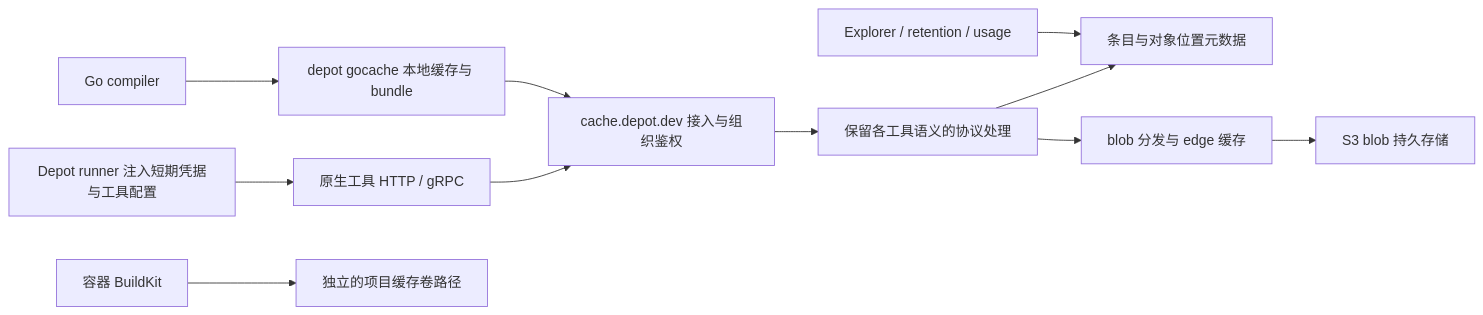
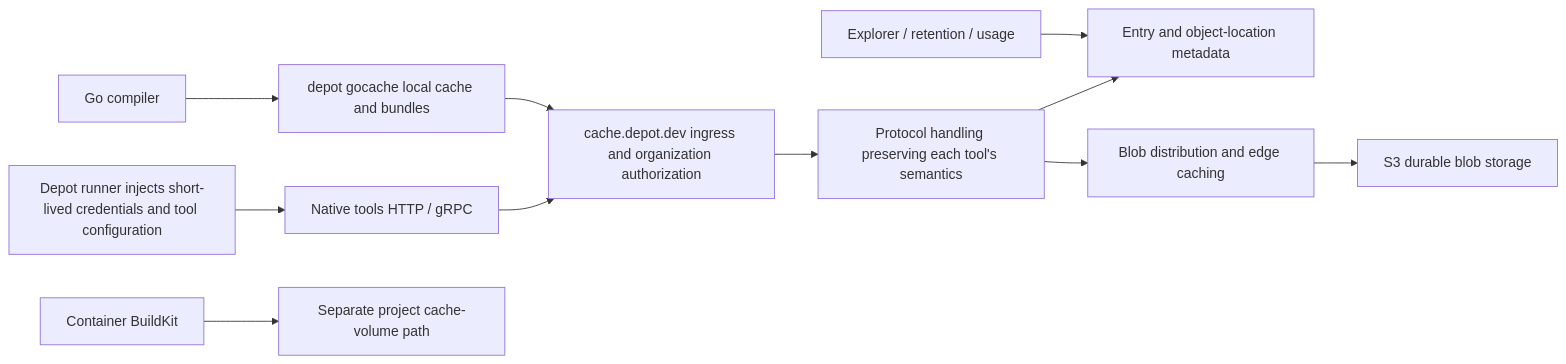
One commit to expbuild/expbuild changed the diagram in docs/research/depot/cache-evidence.md. Above: the diagram before and after it, drawn with Mermaid. The commit also changed other lines of this file and 39 other files, not shown here.

````diff
--- a/docs/research/depot/cache-evidence.md
+++ b/docs/research/depot/cache-evidence.md
@@ -115,13 +115,13 @@
 ```mermaid
 flowchart LR
-  Native[原生工具 HTTP / gRPC] --> Entry[cache.depot.dev 接入与组织鉴权]
-  Go[Go compiler] --> Helper[depot gocache 本地缓存与 bundle]
+  Native[Native tools HTTP / gRPC] --> Entry[cache.depot.dev ingress and organization authorization]
+  Go[Go compiler] --> Helper[depot gocache local cache and bundles]
   Helper --> Entry
-  Runner[Depot runner 注入短期凭据与工具配置] --> Native
-  Entry --> Adapt[保留各工具语义的协议处理]
-  Adapt --> Meta[条目与对象位置元数据]
-  Adapt --> Delivery[blob 分发与 edge 缓存]
-  Delivery --> S3[S3 blob 持久存储]
+  Runner[Depot runner injects short-lived credentials and tool configuration] --> Native
+  Entry --> Adapt[Protocol handling preserving each tool's semantics]
+  Adapt --> Meta[Entry and object-location metadata]
+  Adapt --> Delivery[Blob distribution and edge caching]
+  Delivery --> S3[S3 durable blob storage]
   UI[Explorer / retention / usage] --> Meta
-  Builder[容器 BuildKit] --> Volume[独立的项目缓存卷路径]
+  Builder[Container BuildKit] --> Volume[Separate project cache-volume path]
 ```
````
